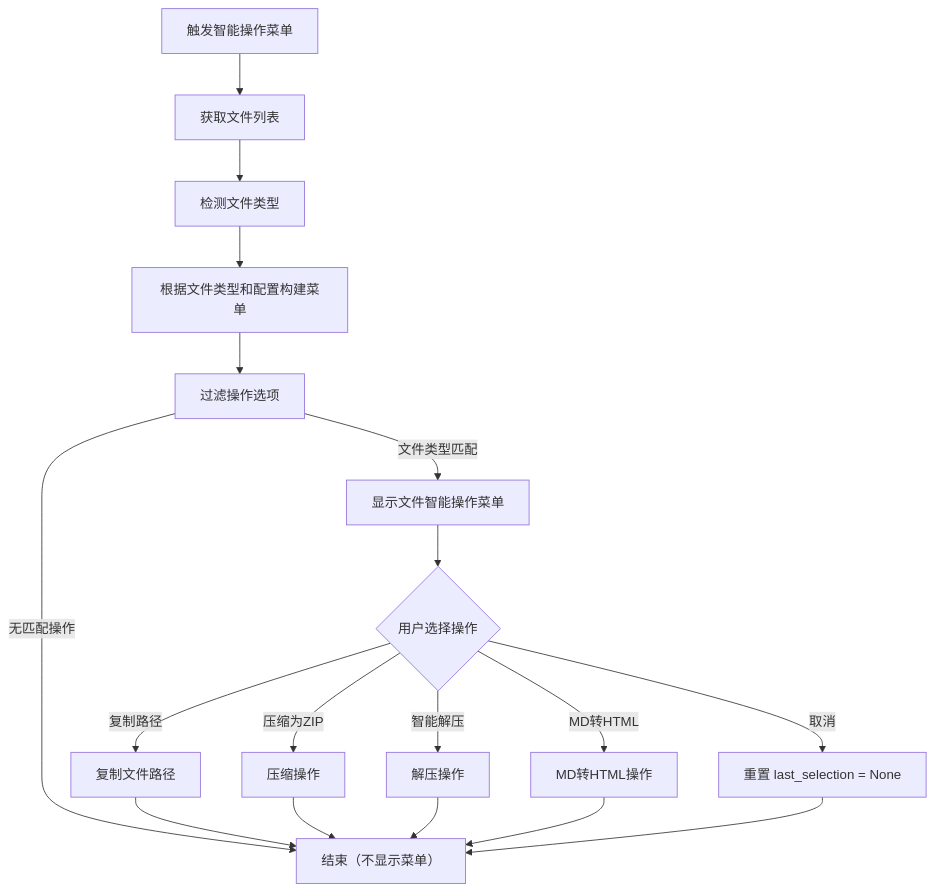
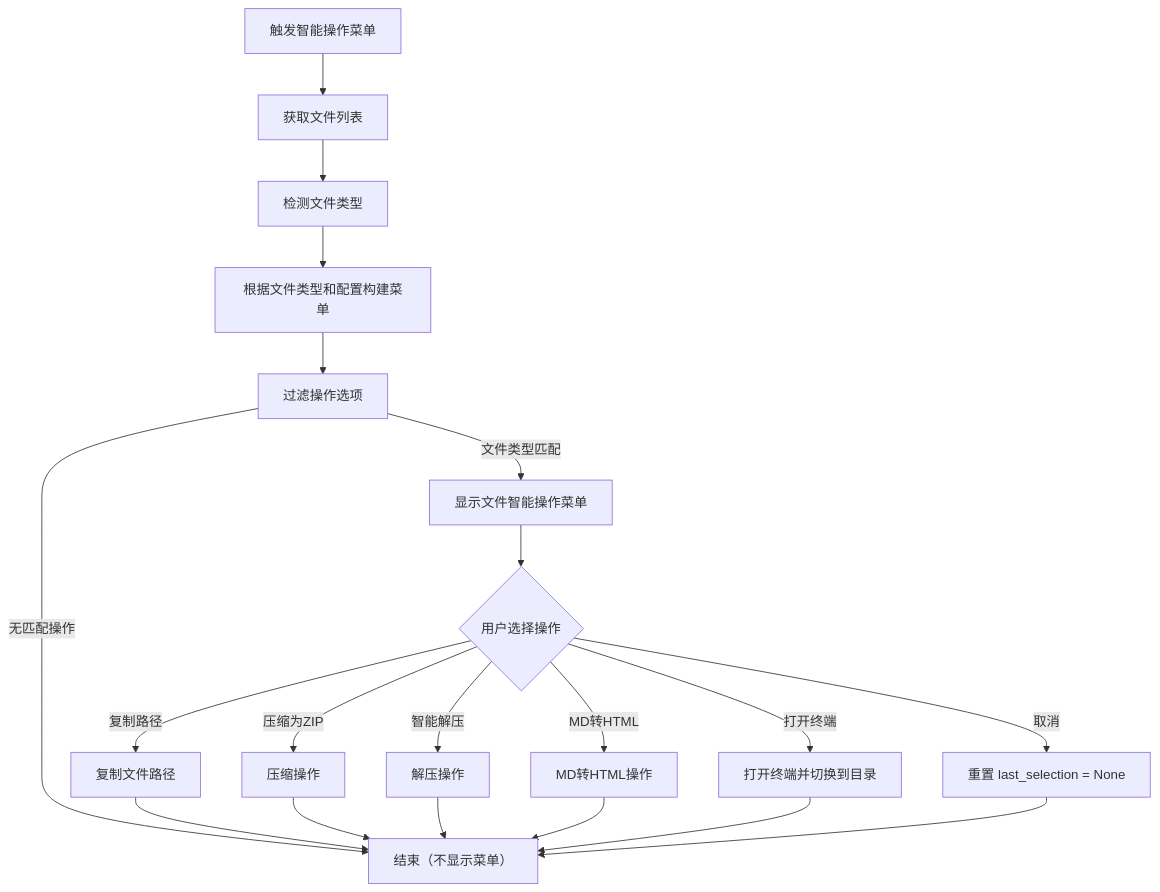
Before and after one commit to zhangs-cedar/mac-commondX: the fifth of 7 diagrams in 流程图.md, drawn with Mermaid. The commit also changed other lines of this file and 2 other files, not shown here.

````diff
--- a/流程图.md
+++ b/流程图.md
@@ -102,23 +102,25 @@
 ```mermaid
 flowchart TD
     StartNode["触发智能操作菜单"] --> GetFiles["获取文件列表"]
     GetFiles --> DetectTypes["检测文件类型"]
     DetectTypes --> BuildMenu["根据文件类型和配置构建菜单"]
     BuildMenu --> FilterOps["过滤操作选项"]
     FilterOps -->|"文件类型匹配"| ShowMenu["显示文件智能操作菜单"]
     FilterOps -->|"无匹配操作"| EndNode["结束（不显示菜单）"]
     
     ShowMenu --> UserChoice{"用户选择操作"}
     
     UserChoice -->|"复制路径"| CopyPaths["复制文件路径"]
     UserChoice -->|"压缩为ZIP"| Compress["压缩操作"]
     UserChoice -->|"智能解压"| Decompress["解压操作"]
     UserChoice -->|"MD转HTML"| MdToHtml["MD转HTML操作"]
+    UserChoice -->|"打开终端"| OpenTerminal["打开终端并切换到目录"]
     UserChoice -->|"取消"| ResetLastSelection["重置 last_selection = None"]
     
     CopyPaths --> EndNode
     Compress --> EndNode
     Decompress --> EndNode
     MdToHtml --> EndNode
+    OpenTerminal --> EndNode
     ResetLastSelection --> EndNode
 ```
````
